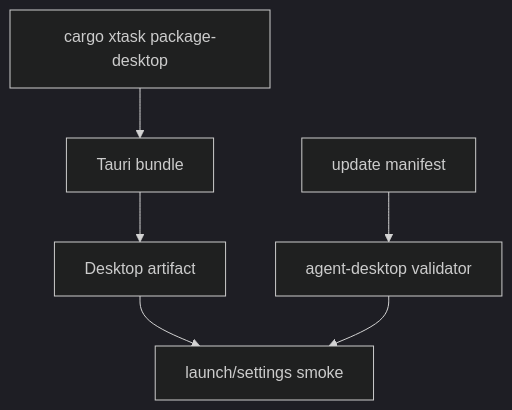
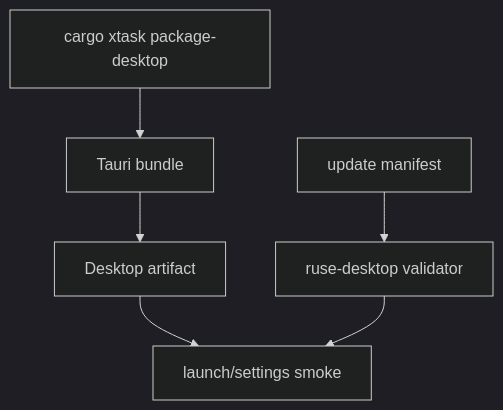
Before and after one commit to poneding/agent: the diagram in docs/specs/M25-05-desktop-bundle-updater.spec.md, drawn with Mermaid (dark theme). The commit also changed other lines of this file and 2091 other files, not shown here.

First line of the commit message:
refactor: rename agent branding to ruse

````diff
--- a/docs/specs/M25-05-desktop-bundle-updater.spec.md
+++ b/docs/specs/M25-05-desktop-bundle-updater.spec.md
@@ -31,8 +31,8 @@
 ```mermaid
 flowchart TD
   Xtask["cargo xtask package-desktop"] --> Tauri["Tauri bundle"]
   Tauri --> Bundle["Desktop artifact"]
   Bundle --> Smoke["launch/settings smoke"]
-  Manifest["update manifest"] --> Validator["agent-desktop validator"]
+  Manifest["update manifest"] --> Validator["ruse-desktop validator"]
   Validator --> Smoke
 ```
````
